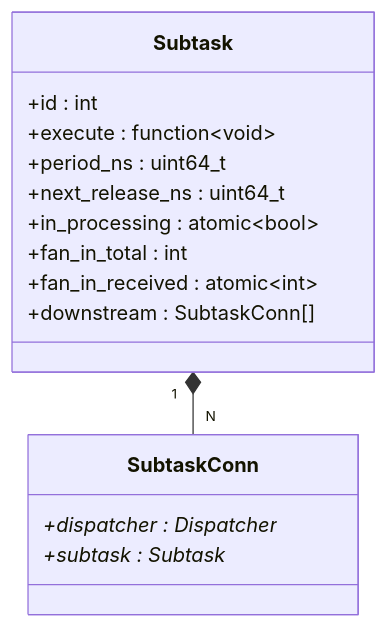
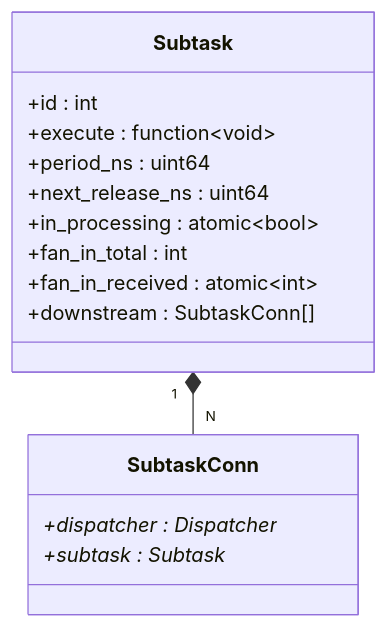
The ninth of 11 diagrams in docs/architecture.md (Tassany/Real-time-middleware), drawn with Mermaid before and after one commit. The commit also changed other lines of this file and 6 other files, not shown here.

````diff
--- a/docs/architecture.md
+++ b/docs/architecture.md
@@ -389,18 +341,18 @@
 ```mermaid
 classDiagram
     class Subtask {
         +id               : int
         +execute          : function~void~
-        +period_ns        : uint64_t
-        +next_release_ns  : uint64_t
+        +period_ns        : uint64
+        +next_release_ns  : uint64
         +in_processing    : atomic~bool~
         +fan_in_total     : int
         +fan_in_received  : atomic~int~
         +downstream       : SubtaskConn[]
     }
     class SubtaskConn {
         +dispatcher : Dispatcher*
         +subtask    : Subtask*
     }
     Subtask "1" *-- "N" SubtaskConn
 ```
````
